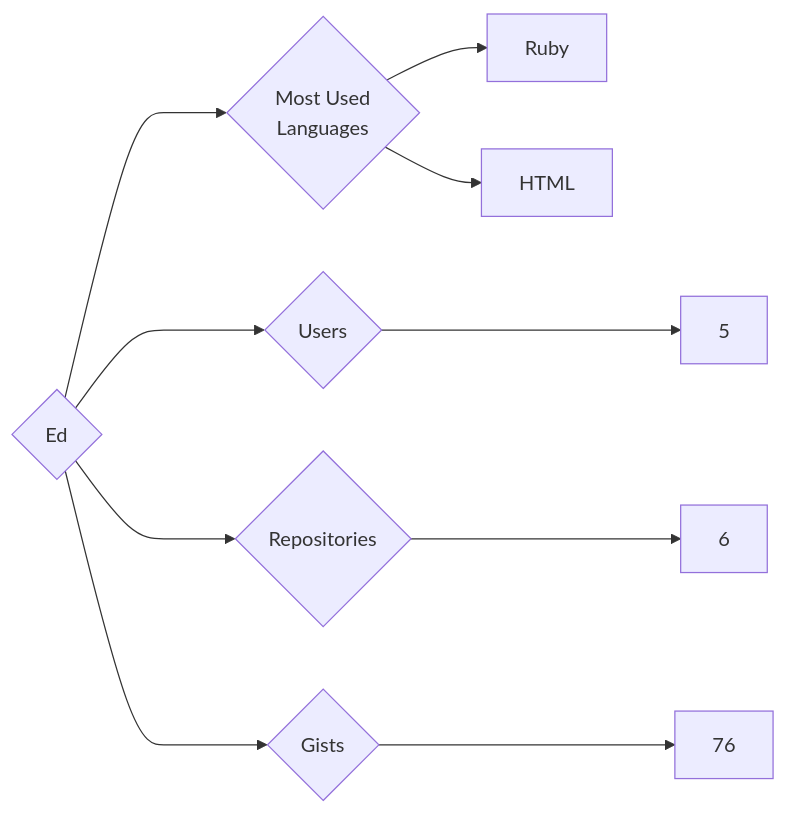
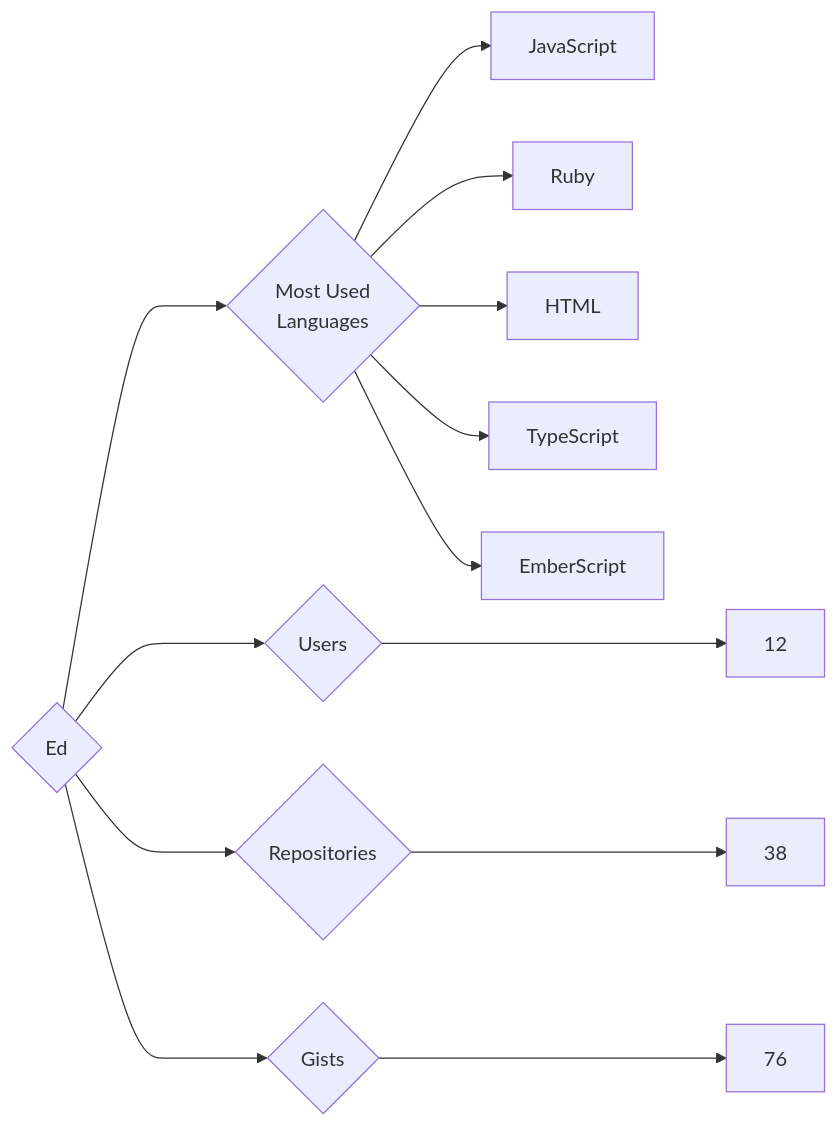
The diagram in targets/Ed/README.md (trickest/insiders), drawn with Mermaid before and after one commit. The commit also changed 1195 other files, not shown here.

````diff
--- a/targets/Ed/README.md
+++ b/targets/Ed/README.md
@@ -3,10 +3,13 @@
 ```mermaid
 graph LR
 COMPANY_NAME{Ed}
-COMPANY_NAME ---> U{Users} ---> UN[5]
-COMPANY_NAME ---> R{Repositories} ---> RN[6]
+COMPANY_NAME ---> U{Users} ---> UN[12]
+COMPANY_NAME ---> R{Repositories} ---> RN[38]
 COMPANY_NAME ---> G{Gists} ---> GN[76]
 COMPANY_NAME ---> ML{Most Used<br>Languages}
+ML --> JavaScript[JavaScript]
 ML --> Ruby[Ruby]
 ML --> HTML[HTML]
+ML --> TypeScript[TypeScript]
+ML --> EmberScript[EmberScript]
 ```
````
